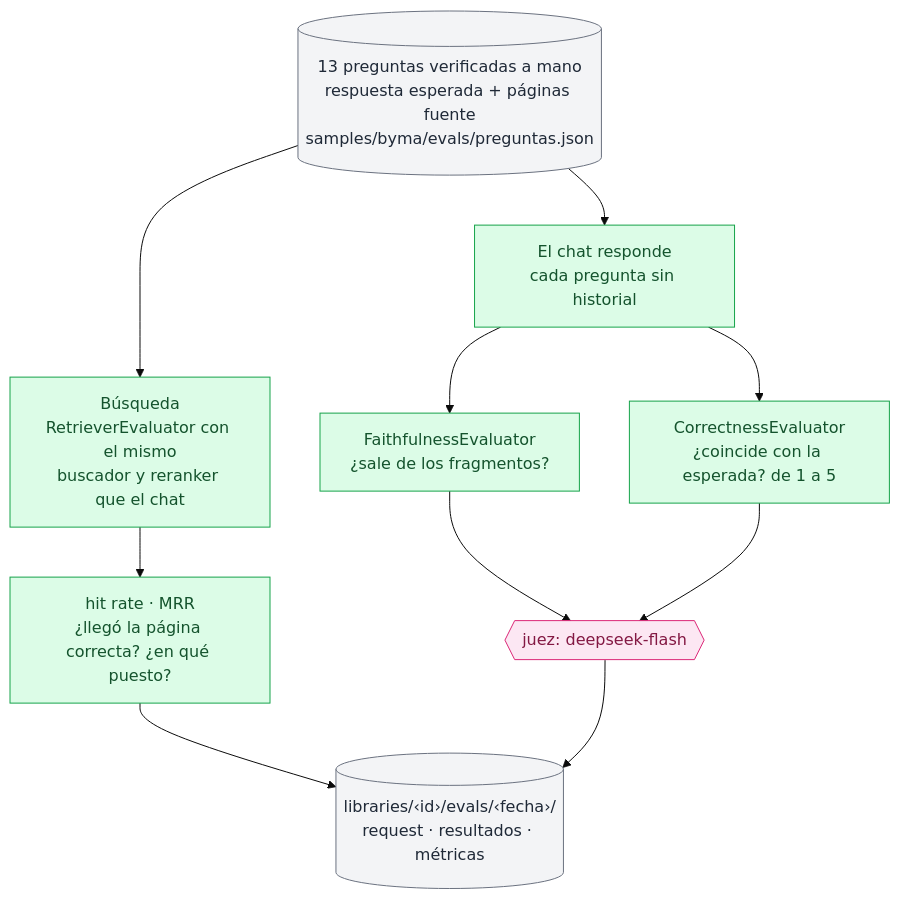
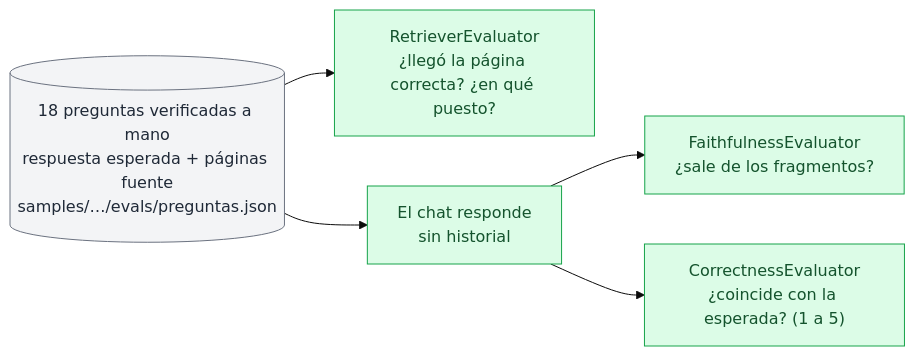
One commit to javi2481/parla-rag changed the fourth of 6 diagrams in README.md. Above: the diagram before and after it, drawn with Mermaid (base theme). The commit also changed other lines of this file and 5 other files, not shown here.

Commit message:
docs: README, plan, estado y bitacora con el corpus nuevo, el diseno y el plan del chat principal

````diff
--- a/README.md
+++ b/README.md
@@ -329,20 +226,13 @@
 ```mermaid
-flowchart TD
-    Q[("13 preguntas verificadas a mano<br/>respuesta esperada + páginas fuente<br/>samples/byma/evals/preguntas.json")]
-    Q --> R["Búsqueda<br/>RetrieverEvaluator con el mismo<br/>buscador y reranker que el chat"]
-    Q --> C["El chat responde<br/>cada pregunta sin historial"]
-    R --> M1["hit rate · MRR<br/>¿llegó la página correcta? ¿en qué puesto?"]
+flowchart LR
+    Q[("18 preguntas verificadas a mano<br/>respuesta esperada + páginas fuente<br/>samples/…/evals/preguntas.json")]
+    Q --> R["RetrieverEvaluator<br/>¿llegó la página correcta? ¿en qué puesto?"]
+    Q --> C["El chat responde<br/>sin historial"]
     C --> F["FaithfulnessEvaluator<br/>¿sale de los fragmentos?"]
-    C --> K["CorrectnessEvaluator<br/>¿coincide con la esperada? de 1 a 5"]
-    F --> J{{"juez: deepseek-flash"}}
-    K --> J
-    M1 --> O[("libraries/‹id›/evals/‹fecha›/<br/>request · resultados · métricas")]
-    J --> O
+    C --> K["CorrectnessEvaluator<br/>¿coincide con la esperada? (1 a 5)"]
 
+    classDef llamaindex fill:#dcfce7,stroke:#16a34a,color:#14532d
     classDef nuestro fill:#f3f4f6,stroke:#6b7280,color:#1f2937
-    classDef llamaindex fill:#dcfce7,stroke:#16a34a,color:#14532d
-    classDef deepseek fill:#fce7f3,stroke:#db2777,color:#831843
-    class Q,O nuestro
-    class R,C,M1,F,K llamaindex
-    class J deepseek
+    class R,F,K,C llamaindex
+    class Q nuestro
 ```
````
